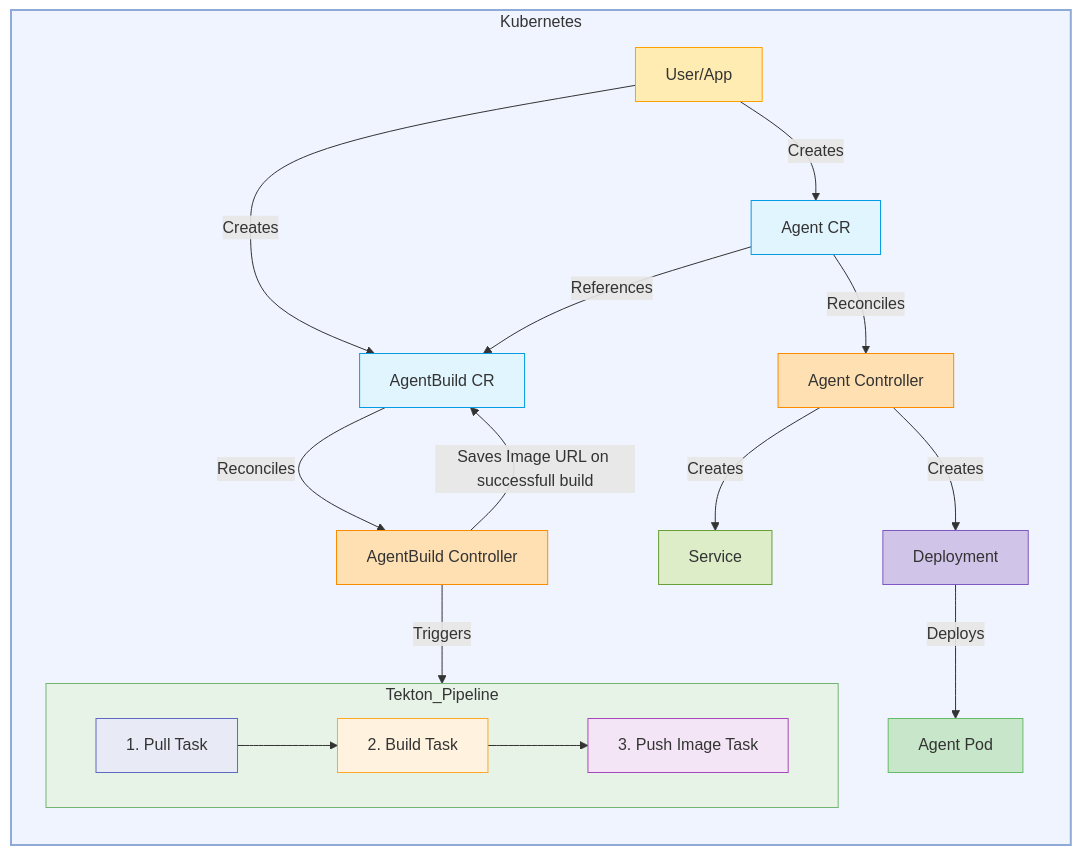
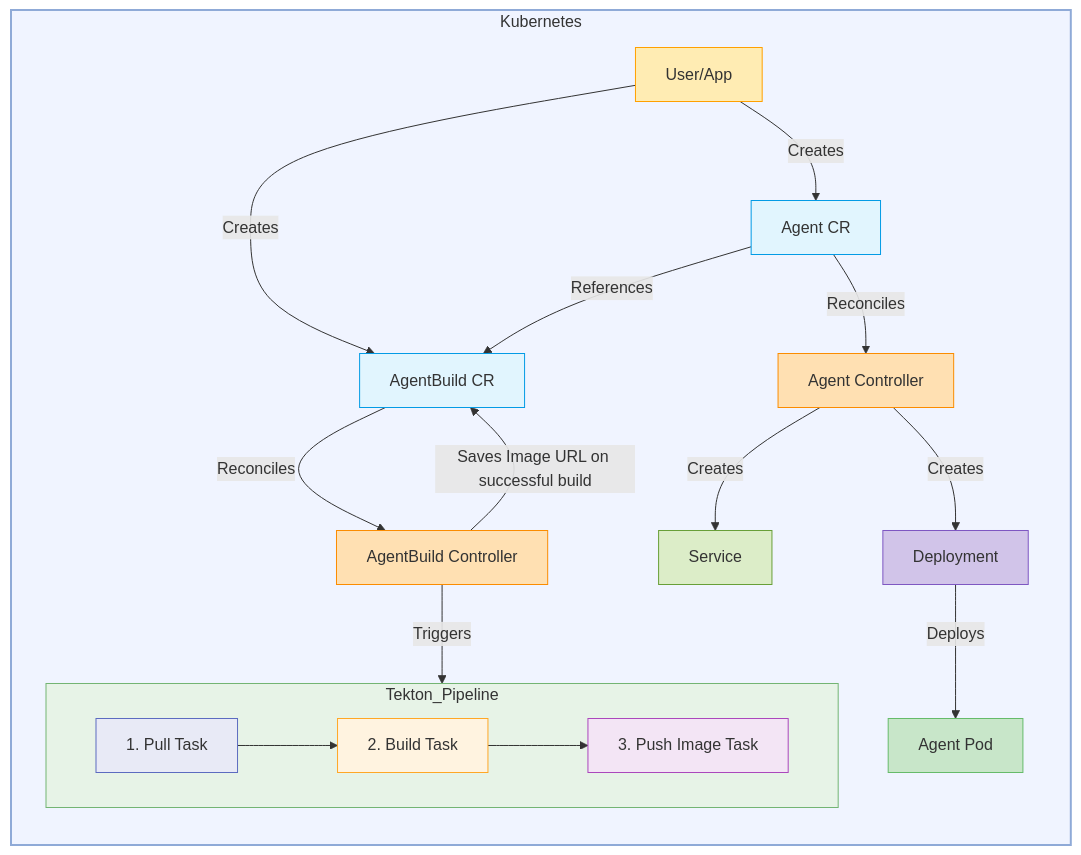
The diagram in kagenti-operator/README.md (mrsabath/kagenti-operator), drawn with Mermaid before and after one commit. The commit also changed 1 other file, not shown here.

Commit message:
Fixed typos

````diff
--- a/kagenti-operator/README.md
+++ b/kagenti-operator/README.md
@@ -7,60 +7,60 @@
 ```mermaid
 graph TD;
     subgraph Kubernetes
         direction TB
         style Kubernetes fill:#f0f4ff,stroke:#8faad7,stroke-width:2px
         
         User[User/App]
         style User fill:#ffecb3,stroke:#ffa000
         
         AgentCRD["Agent CR"] 
         style AgentCRD fill:#e1f5fe,stroke:#039be5
         
         AgentBuildCRD["AgentBuild CR"]
         style AgentBuildCRD fill:#e1f5fe,stroke:#039be5
         
         User -->|Creates| AgentCRD
         User -->|Creates| AgentBuildCRD
         
         AgentController[Agent Controller] 
         style AgentController fill:#ffe0b2,stroke:#fb8c00
         
         AgentBuildController[AgentBuild Controller]
         style AgentBuildController fill:#ffe0b2,stroke:#fb8c00
         
         Service_Service[Service]
         style Service_Service fill:#dcedc8,stroke:#689f38
         
         Deployment_Deployment[Deployment]
         style Deployment_Deployment fill:#d1c4e9,stroke:#7e57c2
         
         AgentPod[Agent Pod]
         style AgentPod fill:#c8e6c9,stroke:#66bb6a
         
         AgentCRD -->|Reconciles| AgentController
         AgentBuildCRD -->|Reconciles| AgentBuildController
         
         AgentController --> |Creates| Service_Service
         AgentController --> |Creates| Deployment_Deployment
         
         Deployment_Deployment --> |Deploys| AgentPod
         
         subgraph Tekton_Pipeline
             direction LR
             style Tekton_Pipeline fill:#e7f3e7,stroke:#73b473,stroke-width:1px
             
             Pull[1. Pull Task]
             style Pull fill:#e8eaf6,stroke:#5c6bc0
             Build[2. Build Task]
             style Build fill:#fff3e0,stroke:#ffa726
             Push[3. Push Image Task]
             style Push fill:#f3e5f5,stroke:#ab47bc
             Pull --> Build --> Push
         end
         
         AgentBuildController -->|Triggers| Tekton_Pipeline
        
-        AgentBuildController -->|Saves Image URL on successfull build| AgentBuildCRD
+        AgentBuildController -->|Saves Image URL on successful build| AgentBuildCRD
         AgentCRD -->|References| AgentBuildCRD
     end
 ```
````
